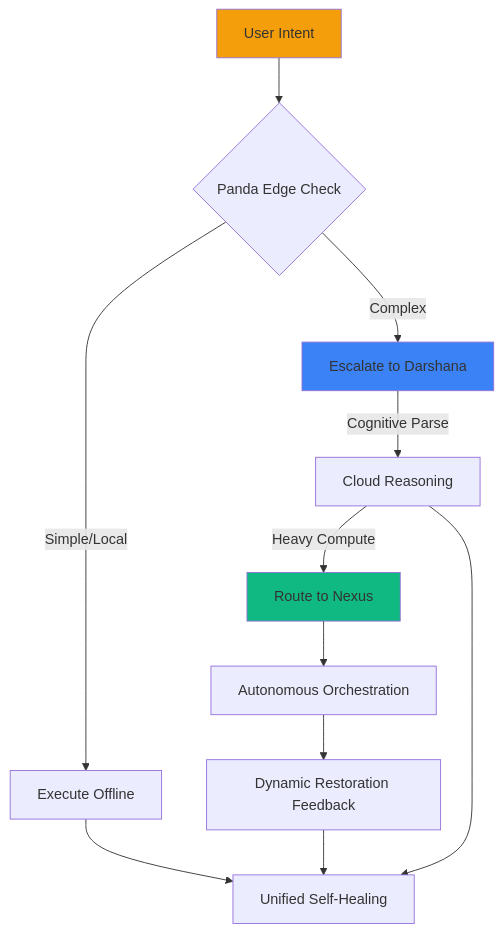
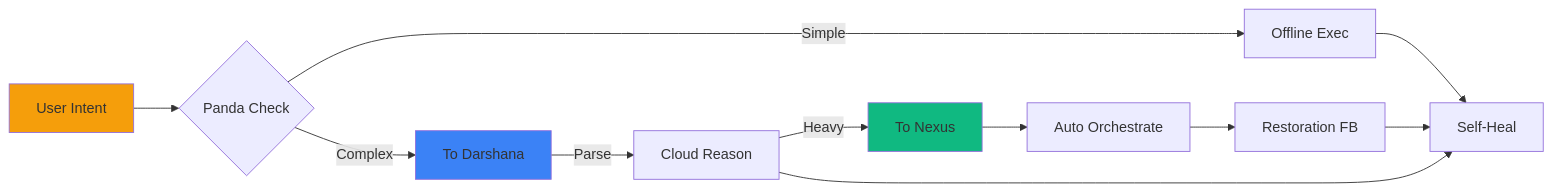
Before and after one commit to ShauryaPratapSingh070408/ShauryaPratapSingh070408: the second of 6 diagrams in README.md, drawn with Mermaid. The commit also changed other lines of this file, not shown here.

````diff
--- a/README.md
+++ b/README.md
@@ -532,16 +532,16 @@
   ```mermaid
-  flowchart TD
-      A[User Intent] --> B{Panda Edge Check}
-      B -->|Simple/Local| C[Execute Offline]
-      B -->|Complex| D[Escalate to Darshana]
-      D -->|Cognitive Parse| E[Cloud Reasoning]
-      E -->|Heavy Compute| F[Route to Nexus]
-      F --> G[Autonomous Orchestration]
-      G --> H[Dynamic Restoration Feedback]
-      H --> I[Unified Self-Healing]
+  flowchart LR
+      A[User Intent] --> B{Panda Check}
+      B -->|Simple| C[Offline Exec]
+      B -->|Complex| D[To Darshana]
+      D -->|Parse| E[Cloud Reason]
+      E -->|Heavy| F[To Nexus]
+      F --> G[Auto Orchestrate]
+      G --> H[Restoration FB]
+      H --> I[Self-Heal]
       C --> I
       E --> I
       style A fill:#F59E0B
       style F fill:#10B981
       style D fill:#3B82F6
   ```
````
